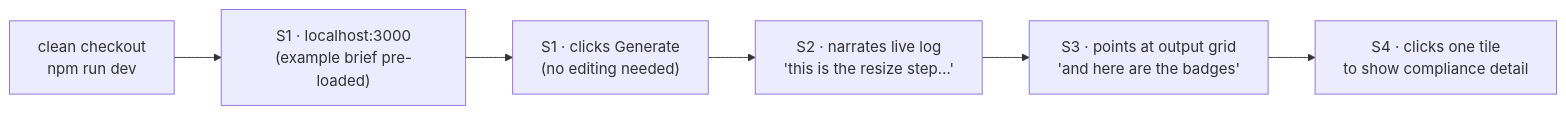
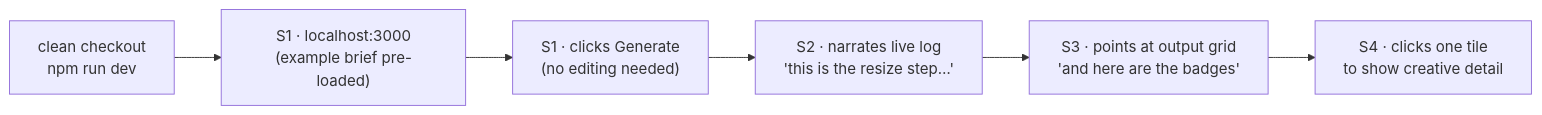
Before and after one commit to arndvs/cast: the fourth of 6 diagrams in docs/flow-diagrams.md, drawn with Mermaid. The commit also changed other lines of this file and 2 other files, not shown here.

First line of the commit message:
docs: rename S4 to Creative Detail and close S3 Engage/Invite parity

````diff
--- a/docs/flow-diagrams.md
+++ b/docs/flow-diagrams.md
@@ -129,8 +129,8 @@
 ```mermaid
 flowchart LR
     A["clean checkout<br/>npm run dev"] --> B["S1 · localhost:3000<br/>(example brief pre-loaded)"]
     B --> C["S1 · clicks Generate<br/>(no editing needed)"]
     C --> D["S2 · narrates live log<br/>'this is the resize step…'"]
     D --> E["S3 · points at output grid<br/>'and here are the badges'"]
-    E --> F["S4 · clicks one tile<br/>to show compliance detail"]
+    E --> F["S4 · clicks one tile<br/>to show creative detail"]
 ```
````
